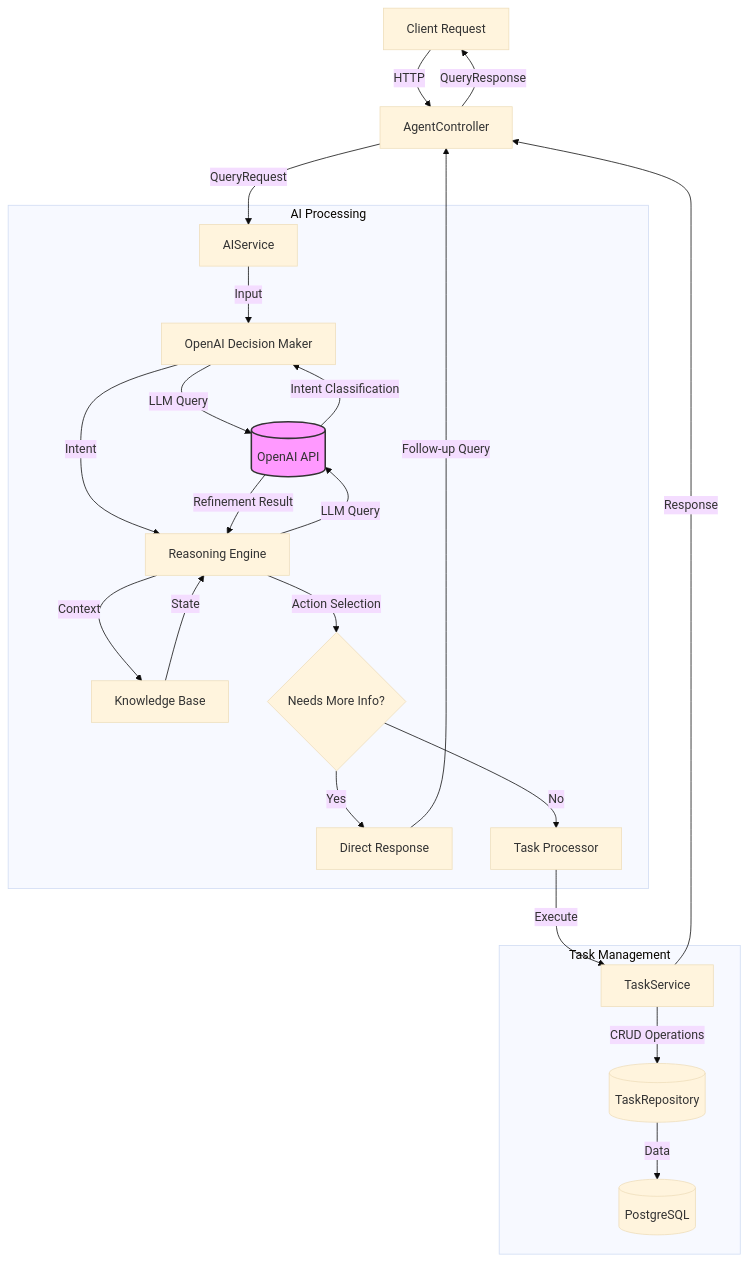
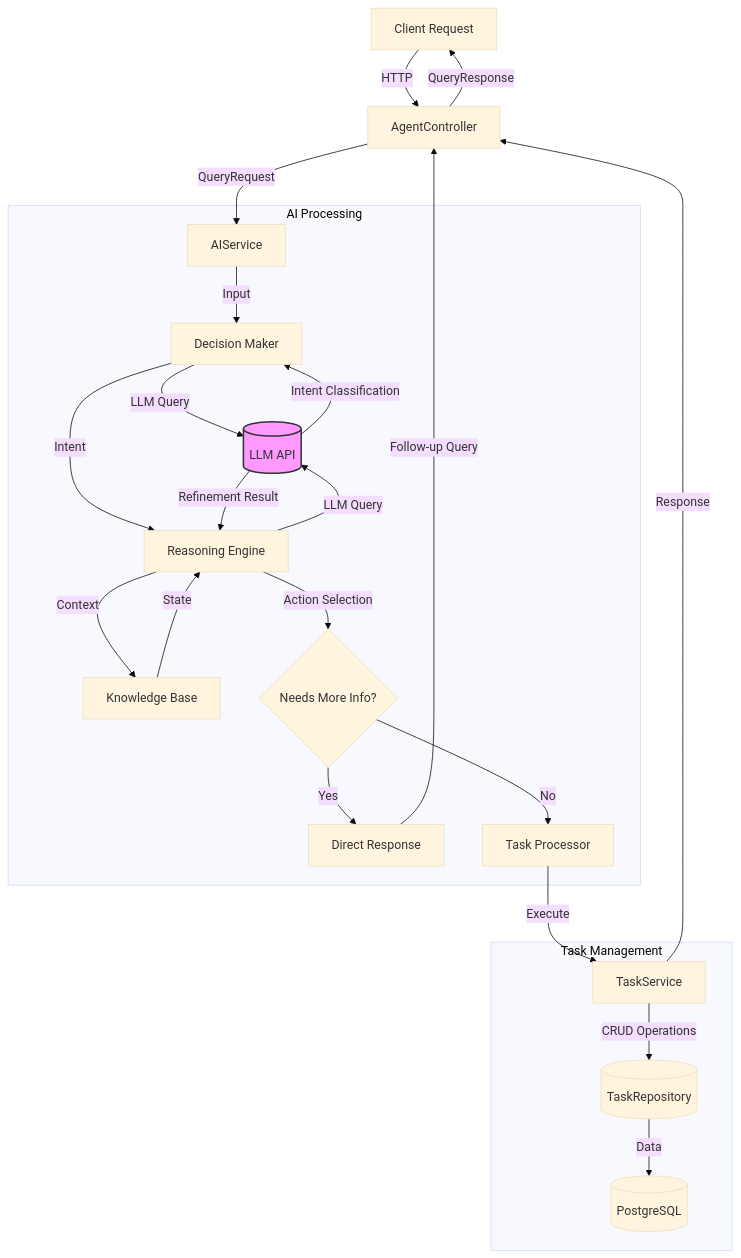
The diagram in backend/README.md (adamalsalman75/agent), drawn with Mermaid (base theme) before and after one commit. The commit also changed other lines of this file and 3 other files, not shown here.

````diff
--- a/backend/README.md
+++ b/backend/README.md
@@ -131,35 +131,35 @@
 ```mermaid
 graph TD
     Client[Client Request] -->|HTTP| Controller[AgentController]
     Controller -->|QueryRequest| AIService[AIService]
     
     subgraph "AI Processing"
-        AIService -->|Input| DecisionMaker[OpenAI Decision Maker]
-        DecisionMaker -->|LLM Query| OpenAI[(OpenAI API)]
+        AIService -->|Input| DecisionMaker[Decision Maker]
+        DecisionMaker -->|LLM Query| OpenAI[(LLM API)]
         OpenAI -->|Intent Classification| DecisionMaker
         
         DecisionMaker -->|Intent| ReasoningEngine[Reasoning Engine]
         ReasoningEngine -->|LLM Query| OpenAI
         OpenAI -->|Refinement Result| ReasoningEngine
         
         ReasoningEngine -->|Context| KnowledgeBase[Knowledge Base]
         KnowledgeBase -->|State| ReasoningEngine
         
         ReasoningEngine -->|Action Selection| Decision{Needs More Info?}
         Decision -->|Yes| DirectResponse[Direct Response]
         Decision -->|No| TaskProcessor[Task Processor]
     end
     
     subgraph "Task Management"
         TaskProcessor -->|Execute| TaskService[TaskService]
         TaskService -->|CRUD Operations| Repository[(TaskRepository)]
         Repository -->|Data| Database[(PostgreSQL)]
     end
     
     DirectResponse -->|Follow-up Query| Controller
     TaskService -->|Response| Controller
     Controller -->|QueryResponse| Client
 
     classDef llm fill:#f9f,stroke:#333,stroke-width:2px;
     class OpenAI llm;
 ```
````
